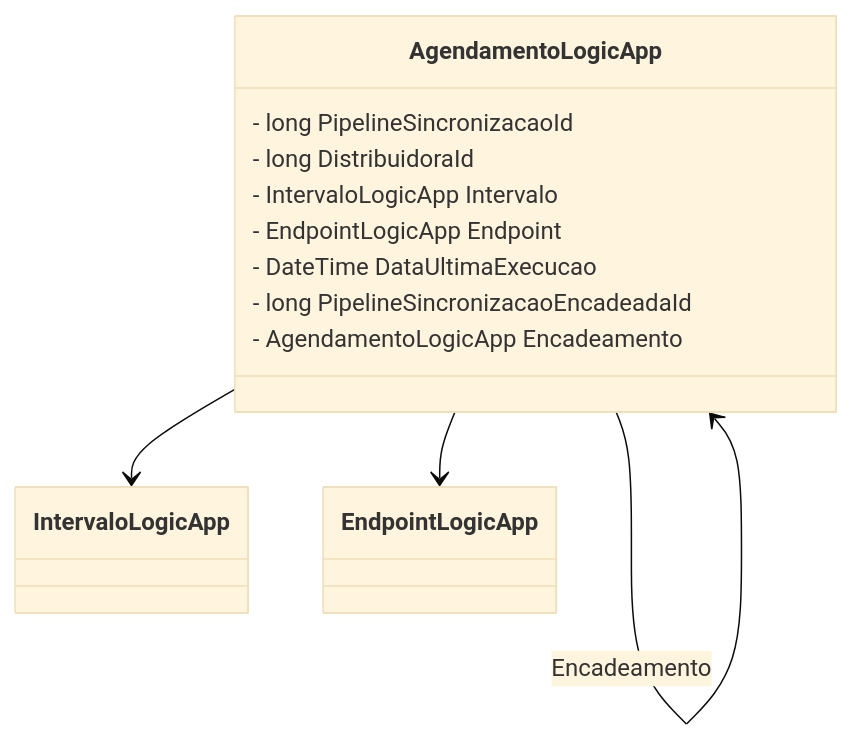
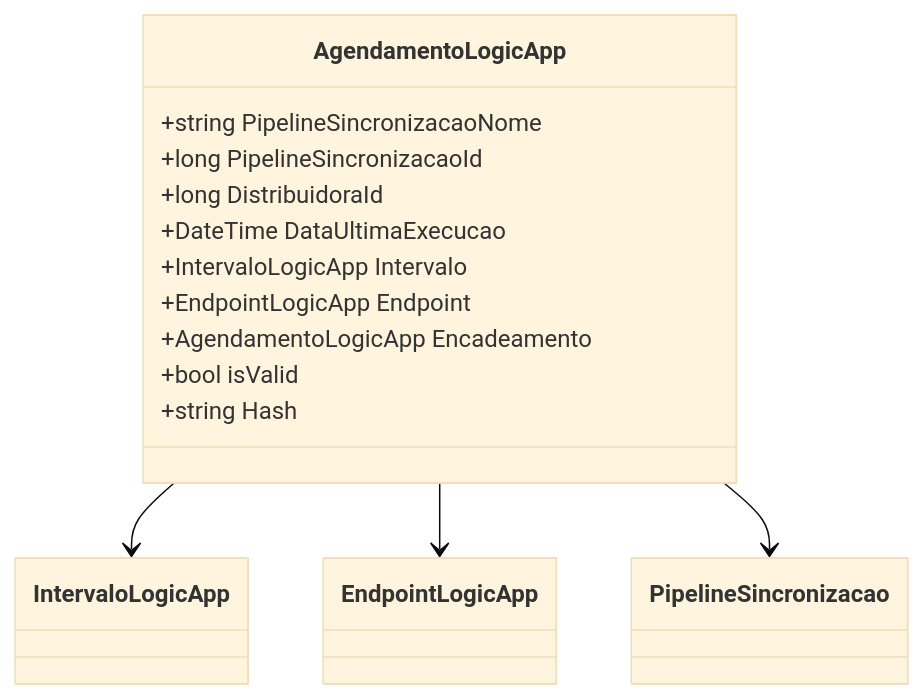
Before and after one commit to IsthmusSistemas/documentacao-tecnica: the third of 3 diagrams in docs/b2b-dominio/IsthmusWinthor.Nucleo/IsthmusWinthor.Dominio/POCO/AgendamentoLogicApp.md, drawn with Mermaid (base theme). The commit also changed other lines of this file and 882 other files, not shown here.

````diff
--- a/docs/b2b-dominio/IsthmusWinthor.Nucleo/IsthmusWinthor.Dominio/POCO/AgendamentoLogicApp.md
+++ b/docs/b2b-dominio/IsthmusWinthor.Nucleo/IsthmusWinthor.Dominio/POCO/AgendamentoLogicApp.md
@@ -79,16 +89,18 @@
 ```mermaid
 classDiagram
     class AgendamentoLogicApp {
-        - long PipelineSincronizacaoId
-        - long DistribuidoraId
-        - IntervaloLogicApp Intervalo
-        - EndpointLogicApp Endpoint
-        - DateTime DataUltimaExecucao
-        - long PipelineSincronizacaoEncadeadaId
-        - AgendamentoLogicApp Encadeamento
+        +string PipelineSincronizacaoNome
+        +long PipelineSincronizacaoId
+        +long DistribuidoraId
+        +DateTime DataUltimaExecucao
+        +IntervaloLogicApp Intervalo
+        +EndpointLogicApp Endpoint
+        +AgendamentoLogicApp Encadeamento
+        +bool isValid
+        +string Hash
     }
     
     AgendamentoLogicApp --> IntervaloLogicApp
     AgendamentoLogicApp --> EndpointLogicApp
-    AgendamentoLogicApp --> AgendamentoLogicApp : Encadeamento
+    AgendamentoLogicApp --> PipelineSincronizacao
 ```
````
